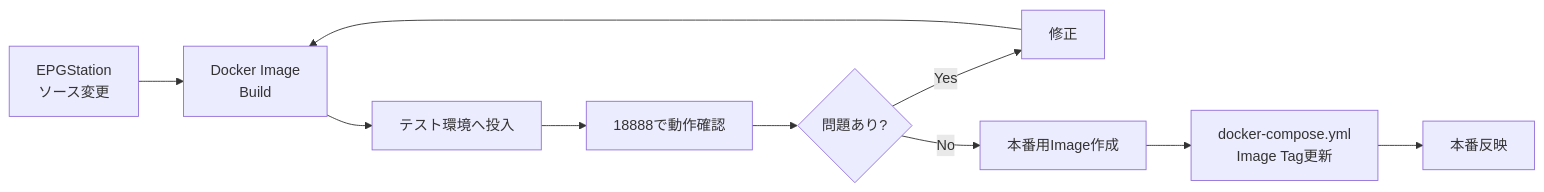
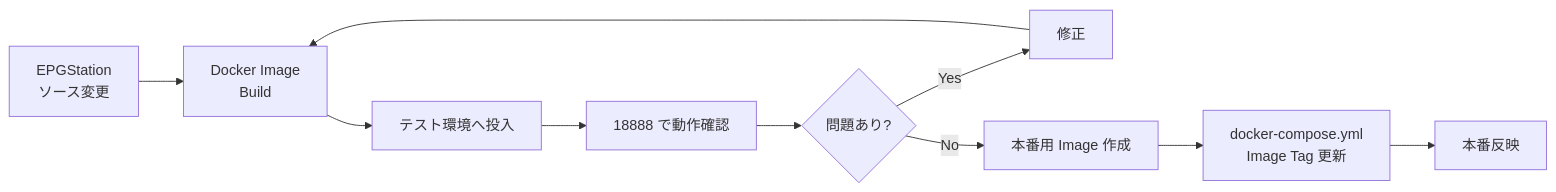
Before and after one commit to rucola-salad/docker-mirakurun-epgstation: the seventh of 7 diagrams in README.md, drawn with Mermaid. The commit also changed other lines of this file, not shown here.

````diff
--- a/README.md
+++ b/README.md
@@ -362,16 +360,15 @@
 ```mermaid
 flowchart LR
     A[EPGStation<br/>ソース変更]
     B[Docker Image<br/>Build]
     C[テスト環境へ投入]
-    D[18888で動作確認]
+    D[18888 で動作確認]
     E{問題あり?}
     F[修正]
-    G[本番用Image作成]
-    H[docker-compose.yml<br/>Image Tag更新]
+    G[本番用 Image 作成]
+    H[docker-compose.yml<br/>Image Tag 更新]
     I[本番反映]
-
     A --> B --> C --> D --> E
     E -->|Yes| F --> B
     E -->|No| G --> H --> I
 ```
````
